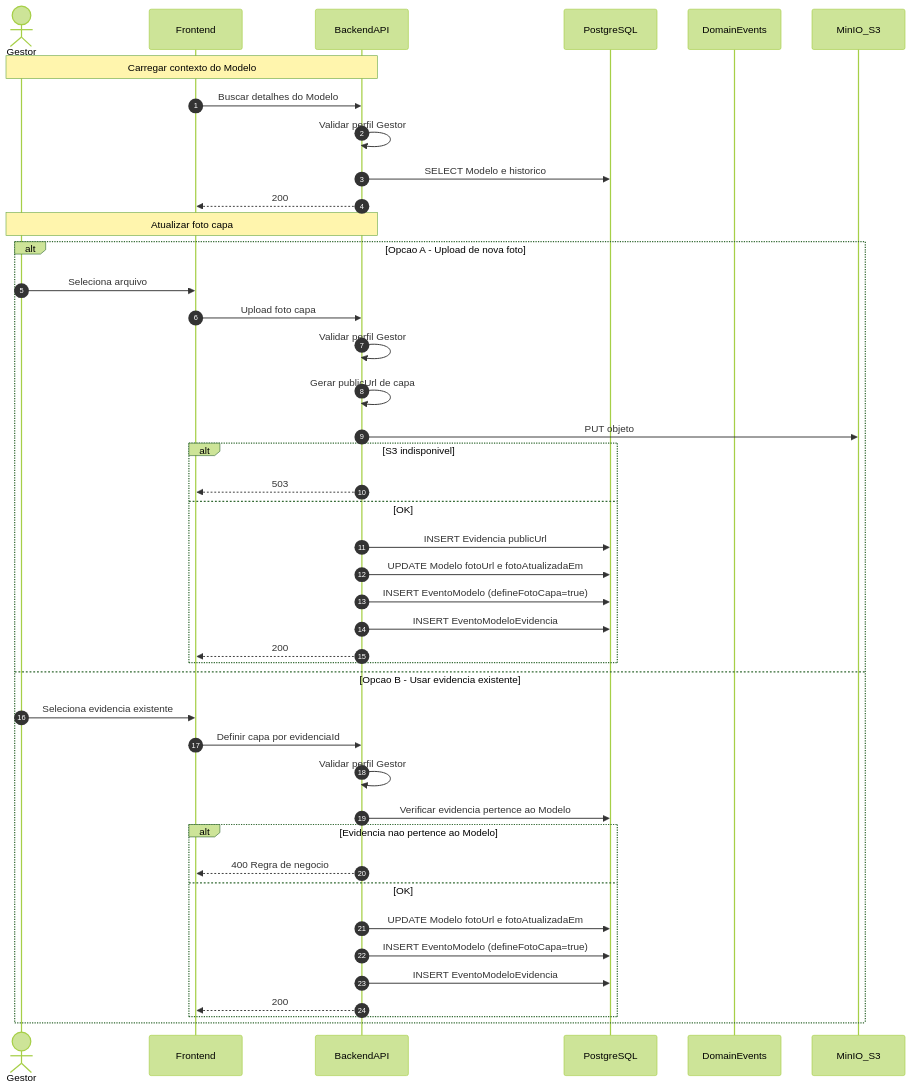
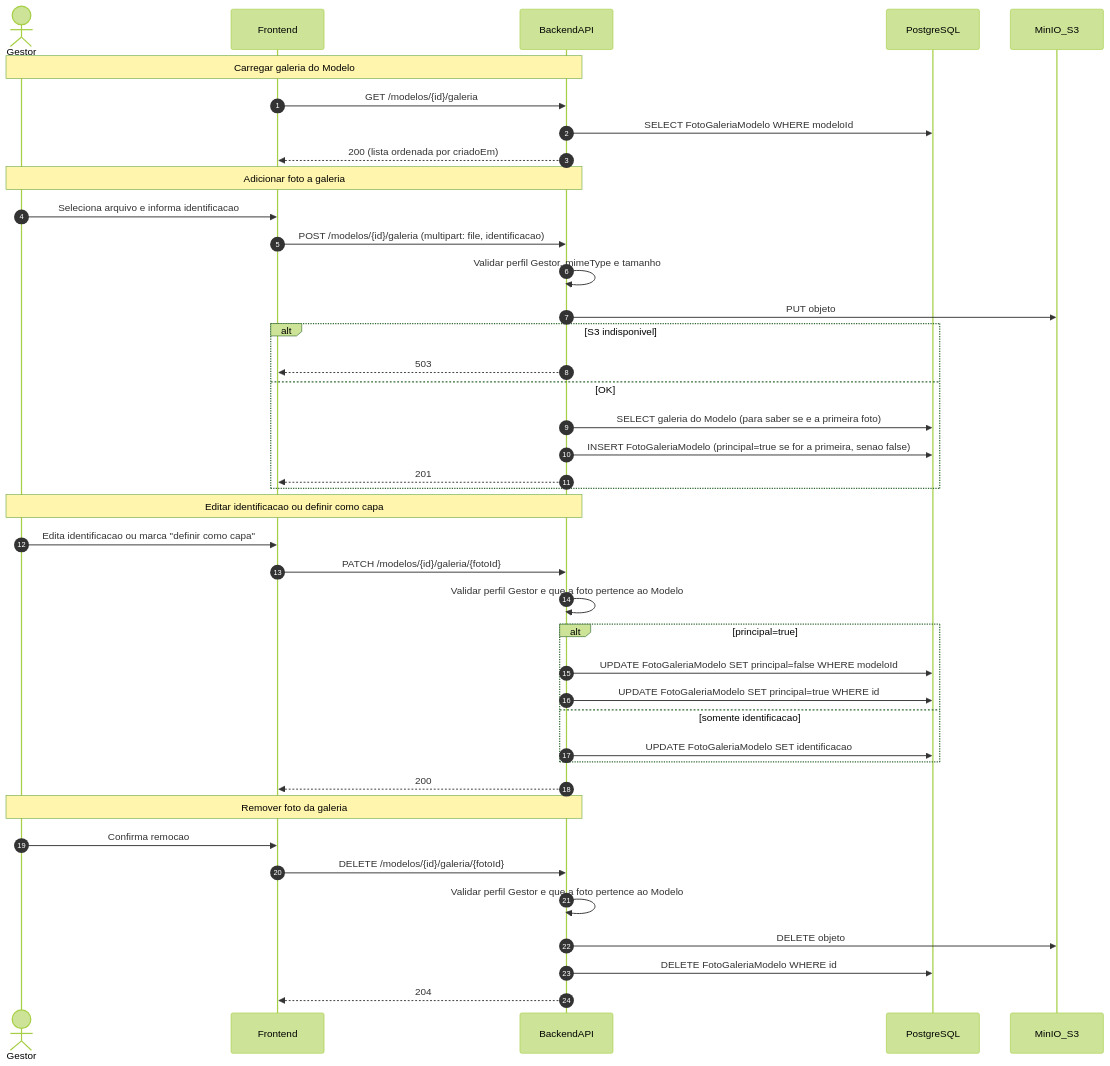
Before and after one commit to OtavioProcopio/rgm-backend: the fourth of 6 diagrams in docs/diagramas.md, drawn with Mermaid (forest theme). The commit also changed other lines of this file and 50 other files, not shown here.

````diff
--- a/docs/diagramas.md
+++ b/docs/diagramas.md
@@ -353,48 +362,47 @@
 ```mermaid
 sequenceDiagram
     autonumber
     actor GE as Gestor
     participant WEB as Frontend
     participant API as BackendAPI
     participant DB as PostgreSQL
-    participant EV as DomainEvents
-    participant EV as DomainEvents
     participant S3 as MinIO_S3
 
-    Note over GE,API: Carregar contexto do Modelo
-    WEB->>API: Buscar detalhes do Modelo
-    API->>API: Validar perfil Gestor
-    API->>DB: SELECT Modelo e historico
+    Note over GE,API: Carregar galeria do Modelo
+    WEB->>API: GET /modelos/{id}/galeria
+    API->>DB: SELECT FotoGaleriaModelo WHERE modeloId
+    API-->>WEB: 200 (lista ordenada por criadoEm)
+
+    Note over GE,API: Adicionar foto a galeria
+    GE->>WEB: Seleciona arquivo e informa identificacao
+    WEB->>API: POST /modelos/{id}/galeria (multipart: file, identificacao)
+    API->>API: Validar perfil Gestor, mimeType e tamanho
+    API->>S3: PUT objeto
+    alt S3 indisponivel
+        API-->>WEB: 503
+    else OK
+        API->>DB: SELECT galeria do Modelo (para saber se e a primeira foto)
+        API->>DB: INSERT FotoGaleriaModelo (principal=true se for a primeira, senao false)
+        API-->>WEB: 201
+    end
+
+    Note over GE,API: Editar identificacao ou definir como capa
+    GE->>WEB: Edita identificacao ou marca "definir como capa"
+    WEB->>API: PATCH /modelos/{id}/galeria/{fotoId}
+    API->>API: Validar perfil Gestor e que a foto pertence ao Modelo
+    alt principal=true
+        API->>DB: UPDATE FotoGaleriaModelo SET principal=false WHERE modeloId
+        API->>DB: UPDATE FotoGaleriaModelo SET principal=true WHERE id
+    else somente identificacao
+        API->>DB: UPDATE FotoGaleriaModelo SET identificacao
+    end
     API-->>WEB: 200
 
-    Note over GE,API: Atualizar foto capa
-    alt Opcao A - Upload de nova foto
-        GE->>WEB: Seleciona arquivo
-        WEB->>API: Upload foto capa
-        API->>API: Validar perfil Gestor
-        API->>API: Gerar publicUrl de capa
-        API->>S3: PUT objeto
-        alt S3 indisponivel
-            API-->>WEB: 503
-        else OK
-            API->>DB: INSERT Evidencia publicUrl
-            API->>DB: UPDATE Modelo fotoUrl e fotoAtualizadaEm
-            API->>DB: INSERT EventoModelo (defineFotoCapa=true)
-            API->>DB: INSERT EventoModeloEvidencia
-            API-->>WEB: 200
-        end
-    else Opcao B - Usar evidencia existente
-        GE->>WEB: Seleciona evidencia existente
-        WEB->>API: Definir capa por evidenciaId
-        API->>API: Validar perfil Gestor
-        API->>DB: Verificar evidencia pertence ao Modelo
-        alt Evidencia nao pertence ao Modelo
-            API-->>WEB: 400 Regra de negocio
-        else OK
-            API->>DB: UPDATE Modelo fotoUrl e fotoAtualizadaEm
-            API->>DB: INSERT EventoModelo (defineFotoCapa=true)
-            API->>DB: INSERT EventoModeloEvidencia
-            API-->>WEB: 200
-        end
-    end
+    Note over GE,API: Remover foto da galeria
+    GE->>WEB: Confirma remocao
+    WEB->>API: DELETE /modelos/{id}/galeria/{fotoId}
+    API->>API: Validar perfil Gestor e que a foto pertence ao Modelo
+    API->>S3: DELETE objeto
+    API->>DB: DELETE FotoGaleriaModelo WHERE id
+    API-->>WEB: 204
 ```
````
